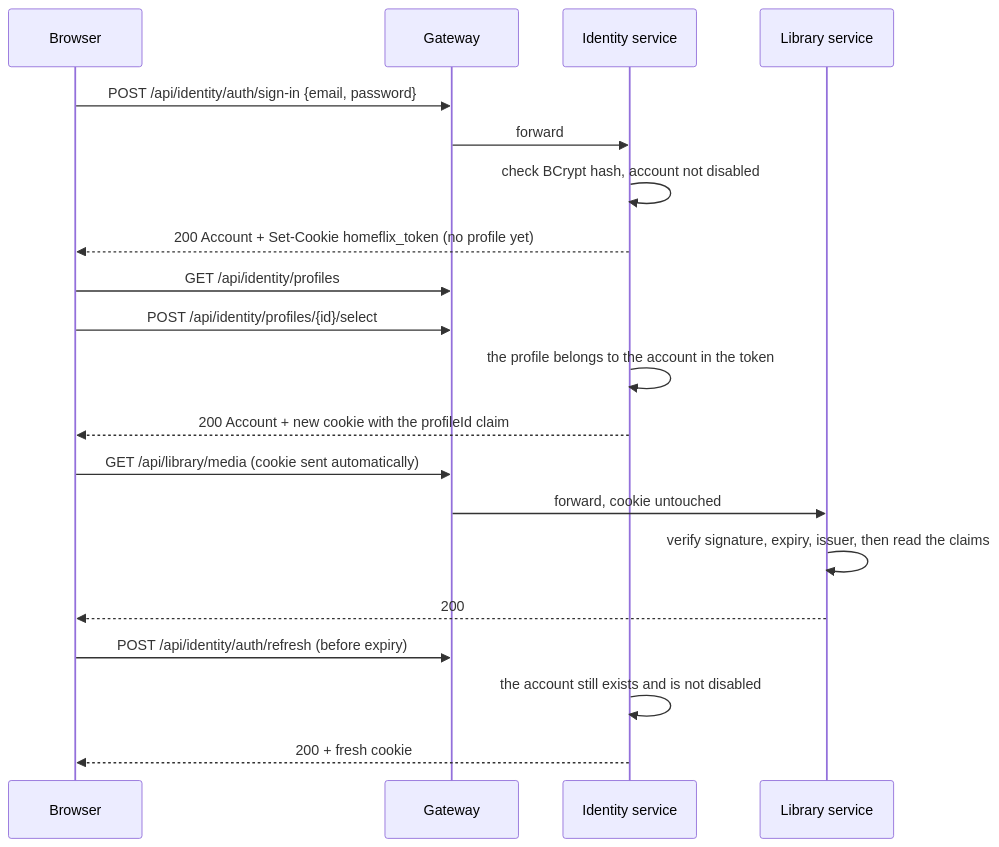
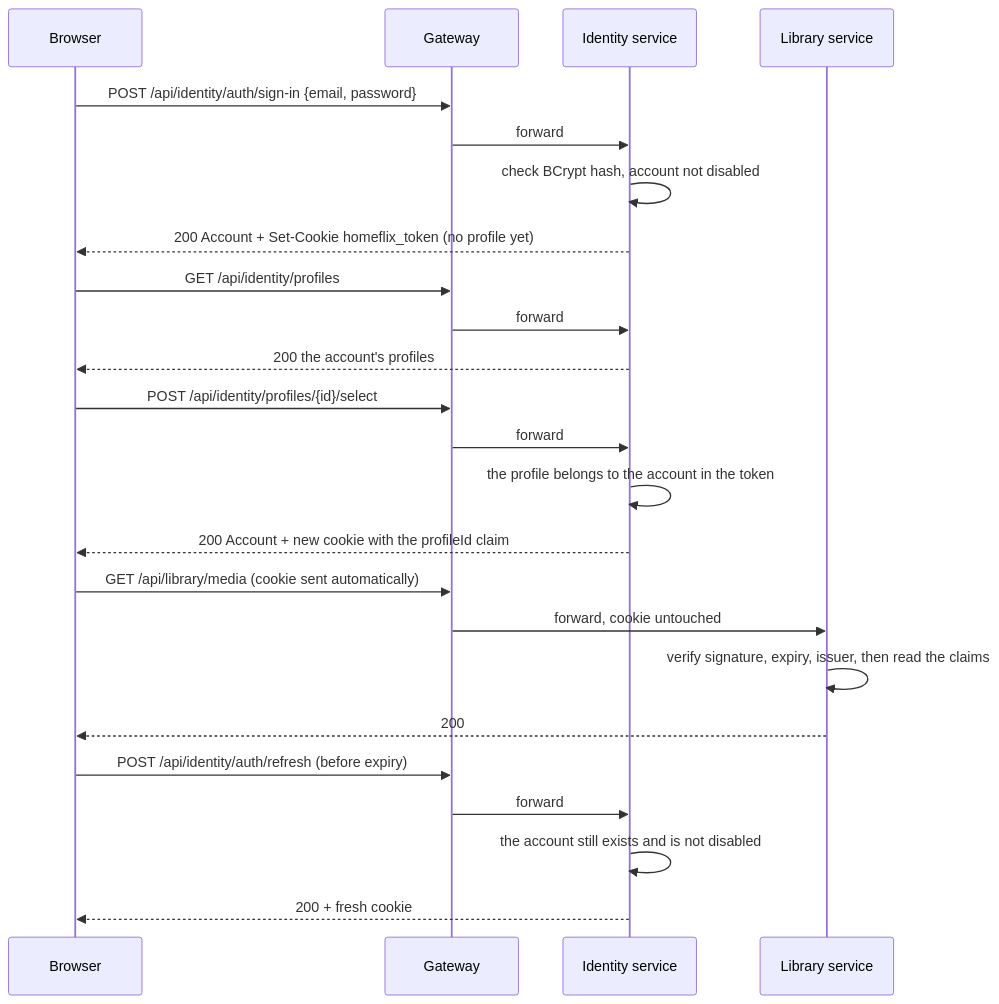
The diagram in docs/architecture/identity-and-permissions.md (ClaymeCall/holbertonschool-homeflix-project), drawn with Mermaid before and after one commit. The commit also changed other lines of this file and 1 other file, not shown here.

````diff
--- a/docs/architecture/identity-and-permissions.md
+++ b/docs/architecture/identity-and-permissions.md
@@ -20,23 +20,27 @@
 ```mermaid
 sequenceDiagram
     participant B as Browser
     participant G as Gateway
     participant I as Identity service
     participant L as Library service
 
     B->>G: POST /api/identity/auth/sign-in {email, password}
     G->>I: forward
     I->>I: check BCrypt hash, account not disabled
     I-->>B: 200 Account + Set-Cookie homeflix_token (no profile yet)
     B->>G: GET /api/identity/profiles
+    G->>I: forward
+    I-->>B: 200 the account's profiles
     B->>G: POST /api/identity/profiles/{id}/select
+    G->>I: forward
     I->>I: the profile belongs to the account in the token
     I-->>B: 200 Account + new cookie with the profileId claim
     B->>G: GET /api/library/media (cookie sent automatically)
     G->>L: forward, cookie untouched
     L->>L: verify signature, expiry, issuer, then read the claims
     L-->>B: 200
     B->>G: POST /api/identity/auth/refresh (before expiry)
+    G->>I: forward
     I->>I: the account still exists and is not disabled
     I-->>B: 200 + fresh cookie
 ```
````
